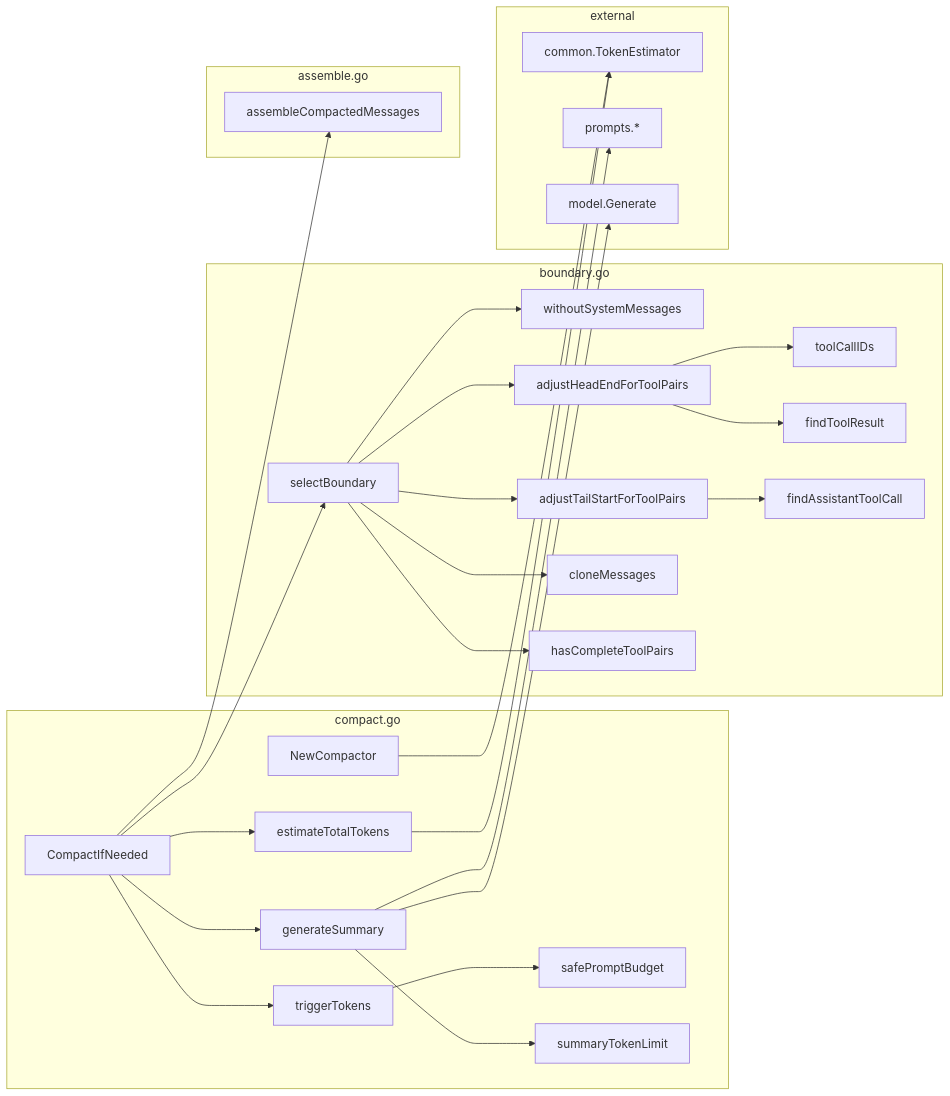
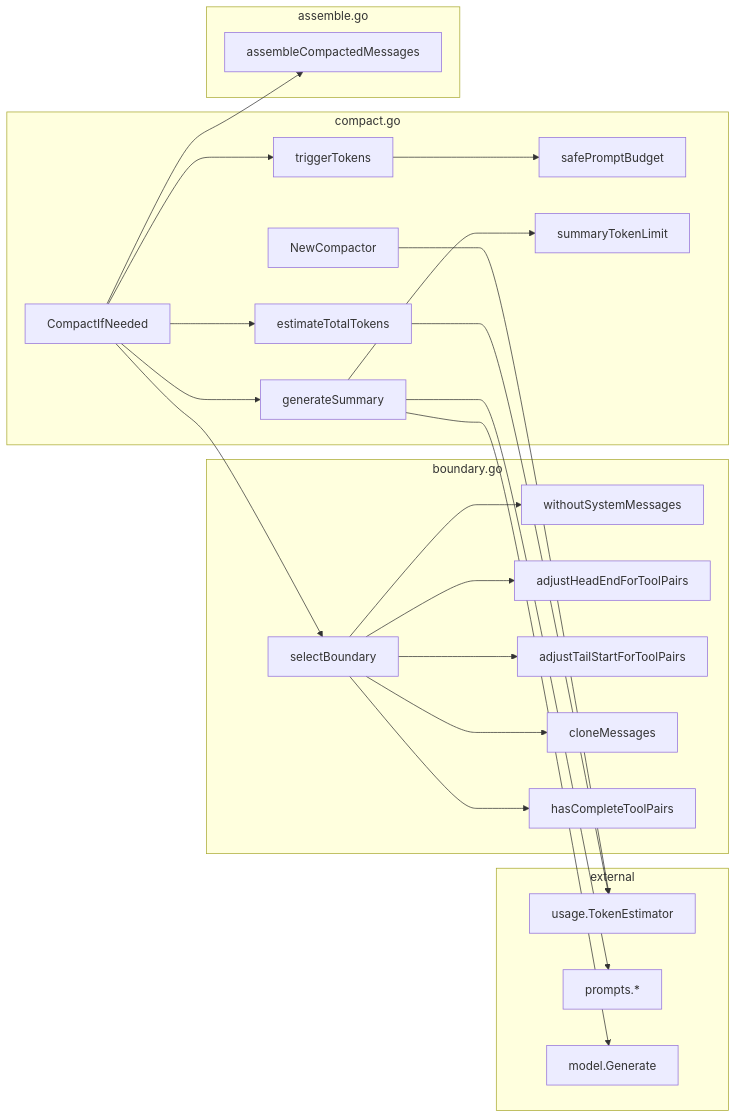
Before and after one commit to HappyLadySauce/HappyLadySauceCLI: the second of 2 diagrams in internal/context/compact/README.md, drawn with Mermaid. The commit also changed other lines of this file and 3 other files, not shown here.

First line of the commit message:
Enhance budget package documentation and clarify token usage breakdown

````diff
--- a/internal/context/compact/README.md
+++ b/internal/context/compact/README.md
@@ -104,50 +110,46 @@
 ```mermaid
 flowchart LR
     subgraph compact.go
         NC[NewCompactor]
         CIN[CompactIfNeeded]
         ETT[estimateTotalTokens]
         TT[triggerTokens]
         SPB[safePromptBudget]
         STL[summaryTokenLimit]
         GS[generateSummary]
     end
 
     subgraph boundary.go
         SB[selectBoundary]
         WSM[withoutSystemMessages]
         AHE[adjustHeadEndForToolPairs]
         ATS[adjustTailStartForToolPairs]
         CM[cloneMessages]
         HCTP[hasCompleteToolPairs]
-        TCID[toolCallIDs]
-        FTR[findToolResult]
-        FATC[findAssistantToolCall]
     end
 
     subgraph assemble.go
         ACM[assembleCompactedMessages]
     end
 
     subgraph external
-        TE[common.TokenEstimator]
+        TE[usage.TokenEstimator]
         PR[prompts.*]
         MD[model.Generate]
     end
 
     NC --> TE
     CIN --> ETT --> TE
     CIN --> TT --> SPB
     CIN --> SB
     CIN --> GS --> STL
     GS --> PR
     GS --> MD
     CIN --> ACM
 
     SB --> WSM
-    SB --> AHE --> TCID
-    AHE --> FTR
-    SB --> ATS --> FATC
+    SB --> AHE
+    SB --> ATS
     SB --> CM
     SB --> HCTP
 ```
````
